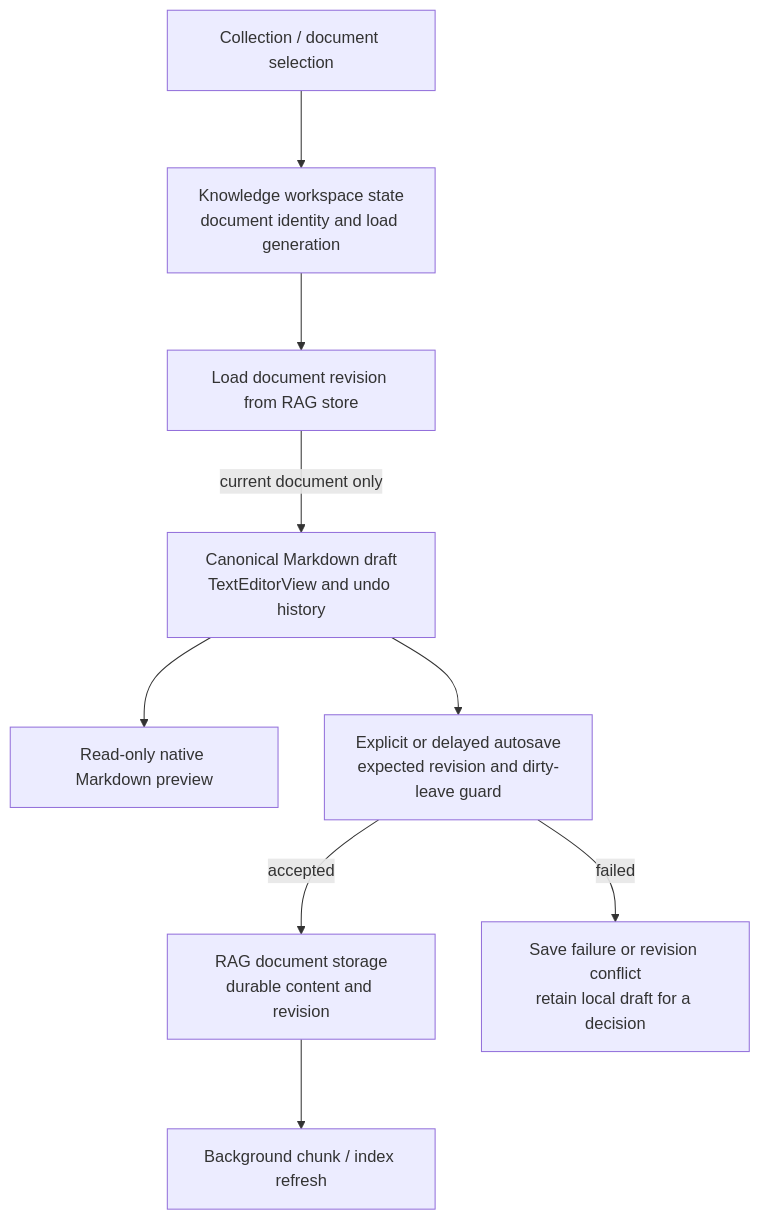
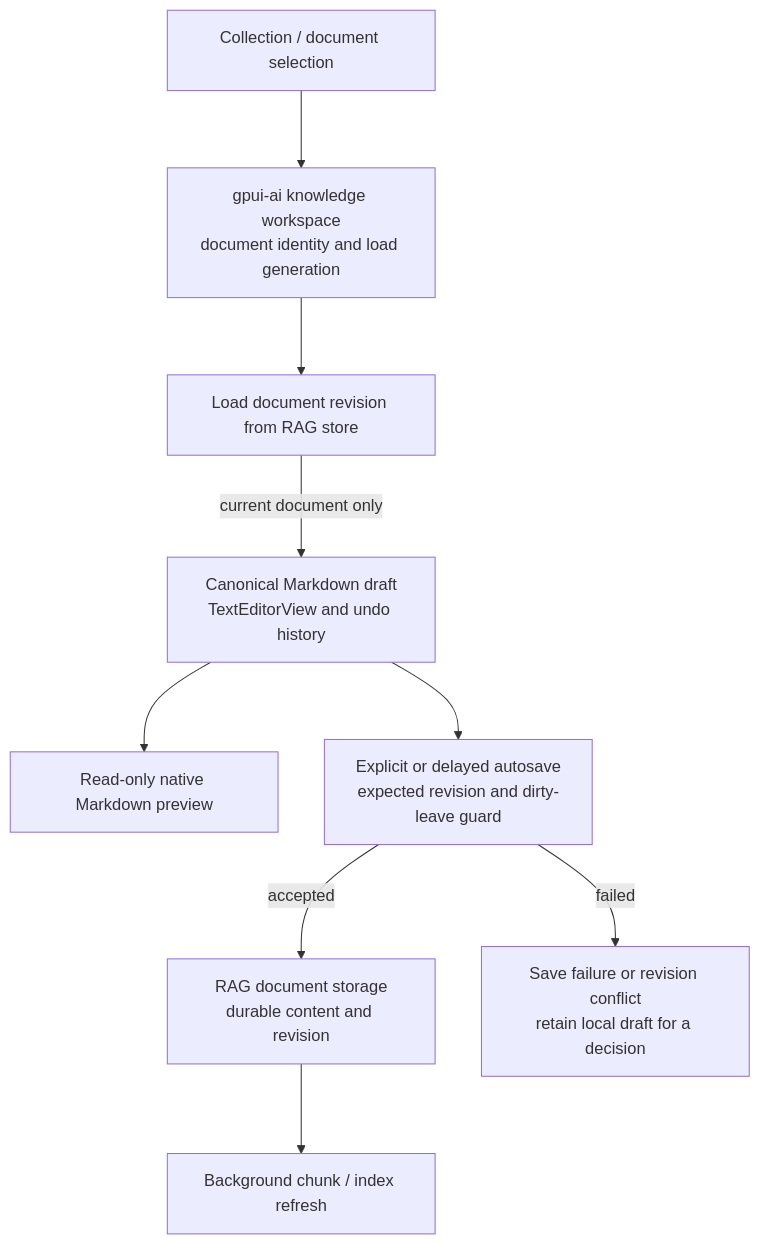
Before and after one commit to AnalyseDeCircuit/oxideterm: the eighth of 46 diagrams in docs/user-guide/en/architecture.md, drawn with Mermaid. The commit also changed other lines of this file and 26 other files, not shown here.

````diff
--- a/docs/user-guide/en/architecture.md
+++ b/docs/user-guide/en/architecture.md
@@ -637,22 +637,22 @@
 ```mermaid
 %%{init: {"layout": "dagre", "flowchart": {"nodeSpacing": 45, "rankSpacing": 75, "curve": "basis"}}}%%
 flowchart TB
     Select["Collection / document selection"]
-    Owner["Knowledge workspace state<br/>document identity and load generation"]
+    Owner["gpui-ai knowledge workspace<br/>document identity and load generation"]
     Load["Load document revision from RAG store"]
     Draft["Canonical Markdown draft<br/>TextEditorView and undo history"]
     Preview["Read-only native Markdown preview"]
     Save["Explicit or delayed autosave<br/>expected revision and dirty-leave guard"]
     Store["RAG document storage<br/>durable content and revision"]
     Index["Background chunk / index refresh"]
     Conflict["Save failure or revision conflict<br/>retain local draft for a decision"]
 
     Select --> Owner
     Owner --> Load
     Load -->|current document only| Draft
     Draft --> Preview
     Draft --> Save
     Save -->|accepted| Store
     Save -->|failed| Conflict
     Store --> Index
 ```
````
